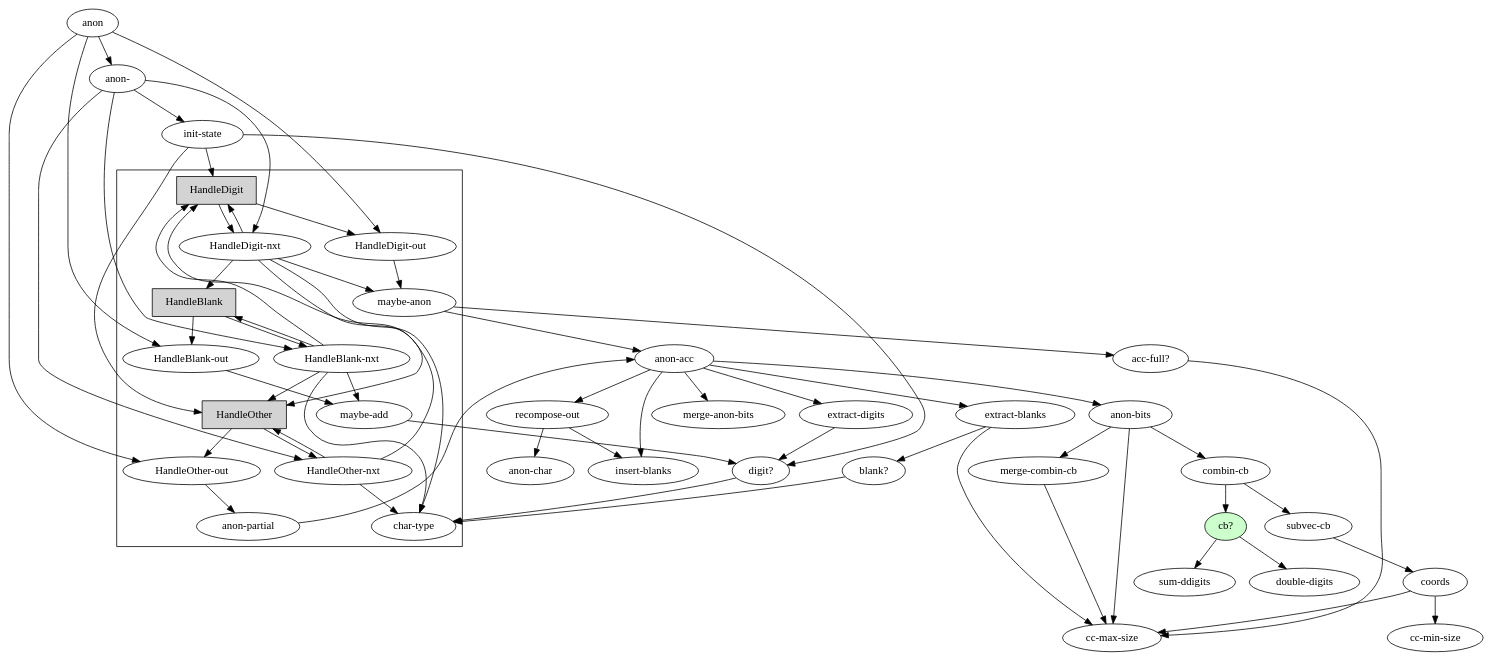
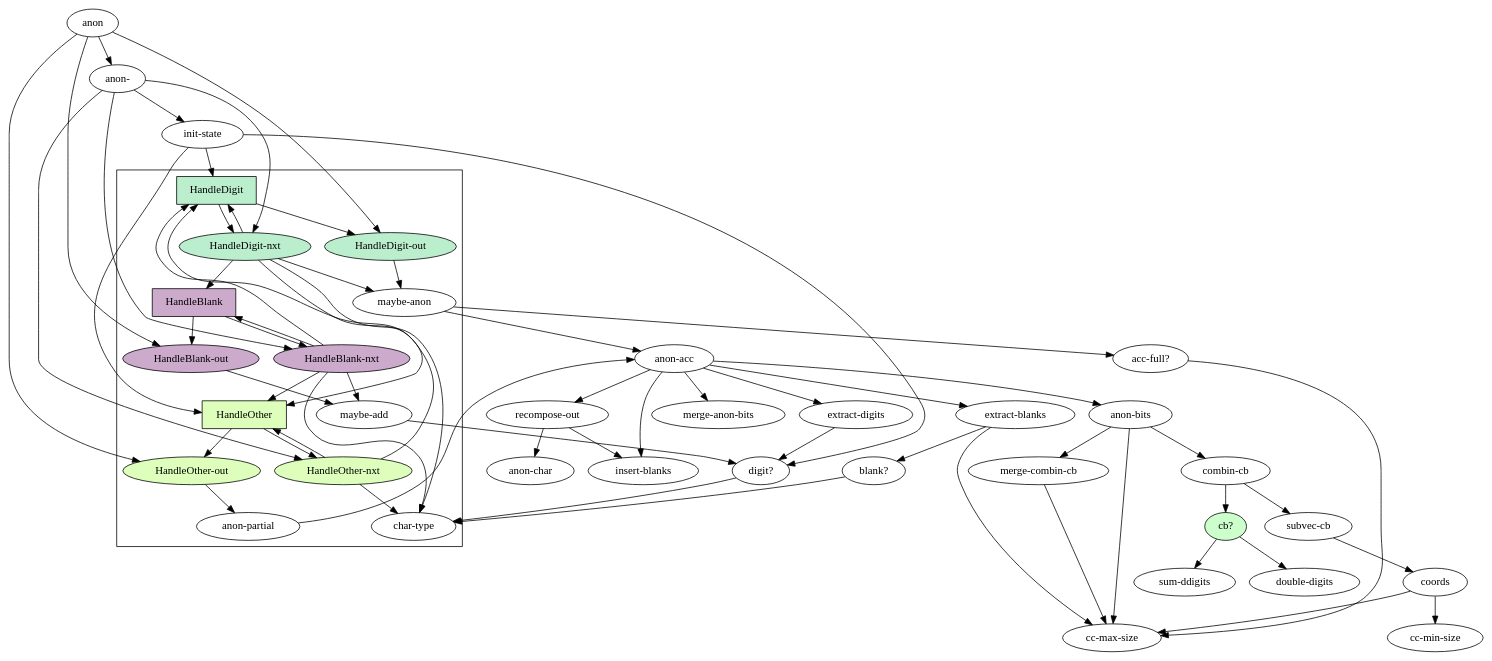
Before and after one commit to denlab/luhn-challenge: the diagram in doc/algo.dot, drawn with Graphviz. The commit also changed 1 other file, not shown here.

```diff
--- a/doc/algo.dot
+++ b/doc/algo.dot
@@ -1,99 +1,108 @@
 digraph {
-        "HandleDigit"[shape=record,style=filled];
-        "HandleBlank"[shape=record,style=filled];
-        "HandleOther"[shape=record,style=filled];
+        "HandleDigit"[shape=record,style=filled,fillcolor="#BBEECC"];
+        "HandleDigit-nxt"[style=filled,fillcolor="#BBEECC"];
+        "HandleDigit-out"[style=filled,fillcolor="#BBEECC"];       
 
+        "HandleBlank"[shape=record,style=filled,fillcolor="#CCAACC"];
+        "HandleBlank-nxt"[style=filled,fillcolor="#CCAACC"];
+        "HandleBlank-out"[style=filled,fillcolor="#CCAACC"];       
+
+        "HandleOther"[shape=record,style=filled,fillcolor="#DDFFBB"];
+        "HandleOther-nxt"[style=filled,fillcolor="#DDFFBB"];
+        "HandleOther-out"[style=filled,fillcolor="#DDFFBB"];       
+        
         "cb?"[style=filled,fillcolor="#CCFFCC"];
 
         "init-state" -> "HandleDigit";
         "init-state" -> "HandleOther";
         "init-state" -> "digit?";
 
         "anon-" -> "init-state";
         "anon-" -> "HandleDigit-nxt";
         "anon-" -> "HandleBlank-nxt";
         "anon-" -> "HandleOther-nxt";
 
         "anon" -> "anon-";
         "anon" -> "HandleDigit-out";
         "anon" -> "HandleBlank-out";
         "anon" -> "HandleOther-out";
 
-        subgraph "cluster-states" {
+        subgraph "cluster-states-HandleOther" {
+                
                 "HandleOther" -> "HandleOther-nxt";
                 "HandleOther" -> "HandleOther-out";
                 
                 "HandleDigit" -> "HandleDigit-nxt";
                 "HandleDigit" -> "HandleDigit-out";
                 
                 "HandleBlank" -> "HandleBlank-nxt";
                 "HandleBlank" -> "HandleBlank-out";
                 
                 "HandleOther-nxt" -> "char-type";
                 "HandleOther-nxt" -> "HandleOther";
                 "HandleOther-nxt" -> "HandleDigit";
                 
                 "HandleOther-out" -> "anon-partial";
                 
                 "HandleBlank-nxt" -> "char-type";
                 "HandleBlank-nxt" -> "maybe-add";
                 "HandleBlank-nxt" -> "HandleDigit";
                 "HandleBlank-nxt" -> "HandleBlank";
                 "HandleBlank-nxt" -> "HandleOther";
                 
                 "HandleBlank-out" -> "maybe-add";
                 
                 "HandleDigit-nxt" -> "char-type";
                 "HandleDigit-nxt" -> "maybe-anon";
                 "HandleDigit-nxt" -> "HandleDigit";
                 "HandleDigit-nxt" -> "HandleBlank";
                 "HandleDigit-nxt" -> "HandleOther";
                 
                 "HandleDigit-out" -> "maybe-anon";
         }
 
         "anon-partial" -> "anon-acc";
 
         "maybe-add" -> "digit?";
 
         "acc-full?" -> "cc-max-size";
 
         "blank?" -> "char-type";
 
         "extract-blanks" -> "cc-max-size";
         "extract-blanks" -> "blank?";
 
         "digit?" -> "char-type";
 
         "extract-digits" -> "digit?";
 
         "recompose-out" -> "anon-char";
         "recompose-out" -> "insert-blanks";
 
         "merge-combin-cb" -> "cc-max-size";
 
         "coords" -> "cc-min-size";
         "coords" -> "cc-max-size";
 
         "subvec-cb" -> "coords";
 
         "cb?" -> "sum-ddigits";
         "cb?" -> "double-digits";
 
         "combin-cb" -> "subvec-cb";
         "combin-cb" -> "cb?";
 
         "anon-bits" -> "cc-max-size";
         "anon-bits" -> "combin-cb";
         "anon-bits" -> "merge-combin-cb";
 
         "anon-acc" -> "extract-digits";
         "anon-acc" -> "extract-blanks";
         "anon-acc" -> "anon-bits";
         "anon-acc" -> "merge-anon-bits";
         "anon-acc" -> "recompose-out";
         "anon-acc" -> "insert-blanks";
 
         "maybe-anon" -> "acc-full?";
         "maybe-anon" -> "anon-acc";
 }
```
